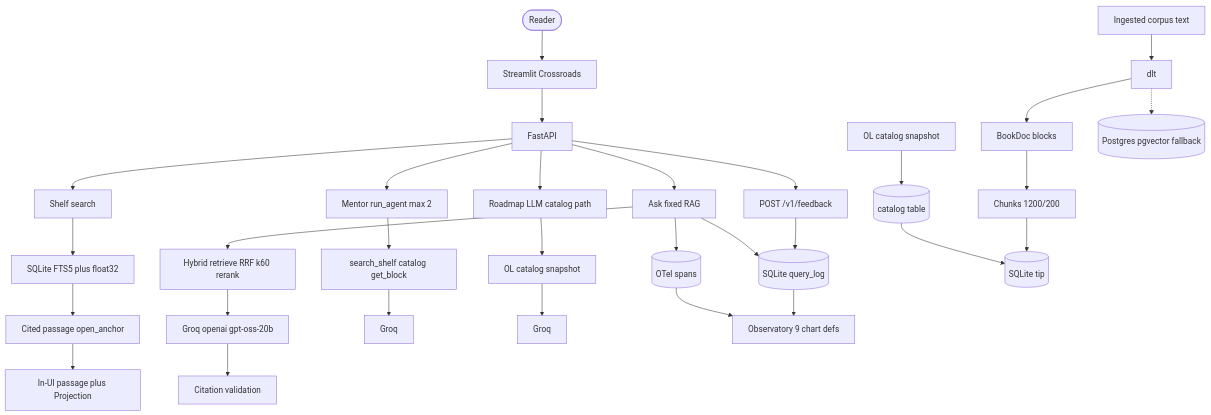
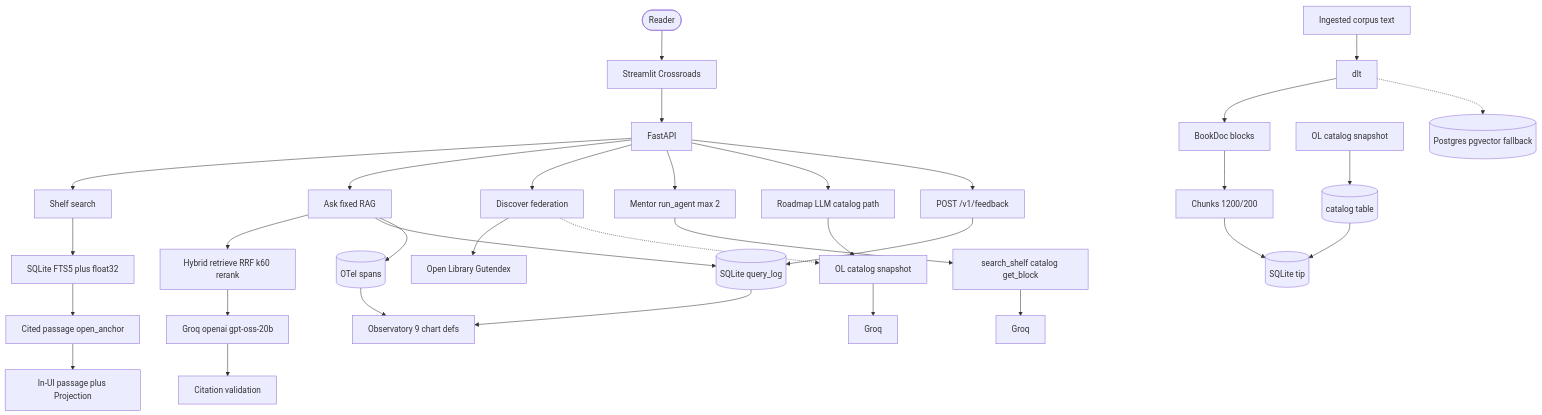
The diagram in README.md (elgrassa/homelib), drawn with Mermaid before and after one commit. The commit also changed 5 other files, not shown here.

First line of the commit message:
feat(discover): default to live Open Library + Gutendex with snapshot fallback

````diff
--- a/README.md
+++ b/README.md
@@ -71,32 +71,35 @@
 ```mermaid
 flowchart TD
     Reader([Reader]) --> Streamlit[Streamlit Crossroads]
     Streamlit --> FastAPI[FastAPI]
     FastAPI --> Shelf[Shelf search]
     Shelf --> Index[SQLite FTS5 plus float32]
     Index --> Passage[Cited passage open_anchor]
     Passage --> Reading[In-UI passage plus Projection]
     FastAPI --> Ask[Ask fixed RAG]
     Ask --> RetrAsk[Hybrid retrieve RRF k60 rerank]
     RetrAsk --> GroqAsk[Groq openai gpt-oss-20b]
     GroqAsk --> Cite[Citation validation]
+    FastAPI --> Discover[Discover federation]
+    Discover --> LiveAPIs[Open Library Gutendex]
+    Discover -.-> CatSnap[OL catalog snapshot]
     FastAPI --> Mentor[Mentor run_agent max 2]
     Mentor --> Tools[search_shelf catalog get_block]
     Tools --> GroqMen[Groq]
     FastAPI --> Roadmap[Roadmap LLM catalog path]
-    Roadmap --> CatSnap[OL catalog snapshot]
+    Roadmap --> CatSnap
     CatSnap --> GroqRoad[Groq]
     FastAPI --> Feedback["POST /v1/feedback"]
     Feedback --> QLog[(SQLite query_log)]
     Ask --> QLog
     Ask --> Spans[(OTel spans)]
     QLog --> Obs[Observatory 9 chart defs]
     Spans --> Obs
     Corpus[Ingested corpus text] --> DLT[dlt]
     DLT --> Blocks[BookDoc blocks]
     Blocks --> Chunks[Chunks 1200/200]
     Chunks --> SQLite[(SQLite tip)]
     Meta[OL catalog snapshot] --> CatTable[(catalog table)]
     CatTable --> SQLite
     DLT -.-> PG[(Postgres pgvector fallback)]
 ```
````
